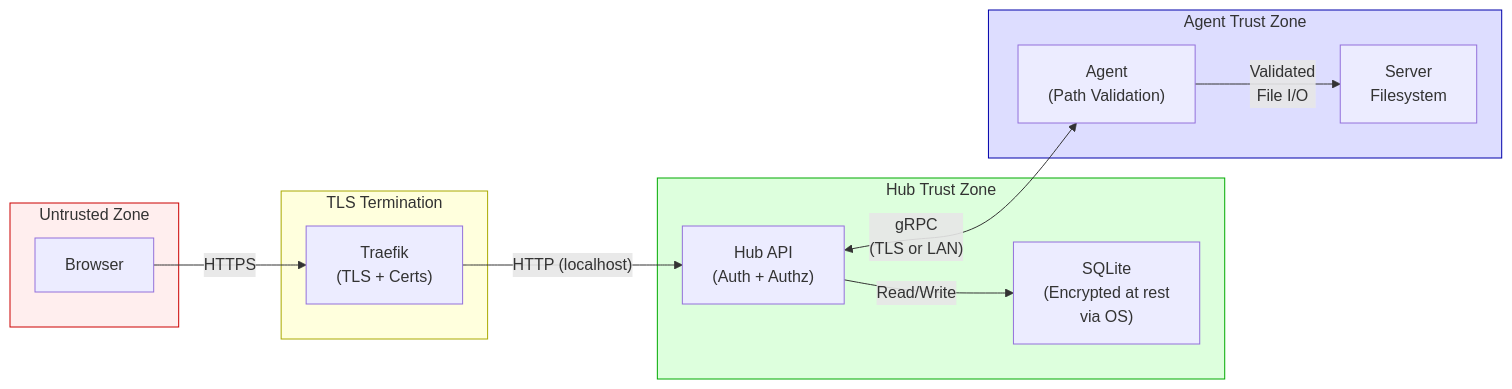
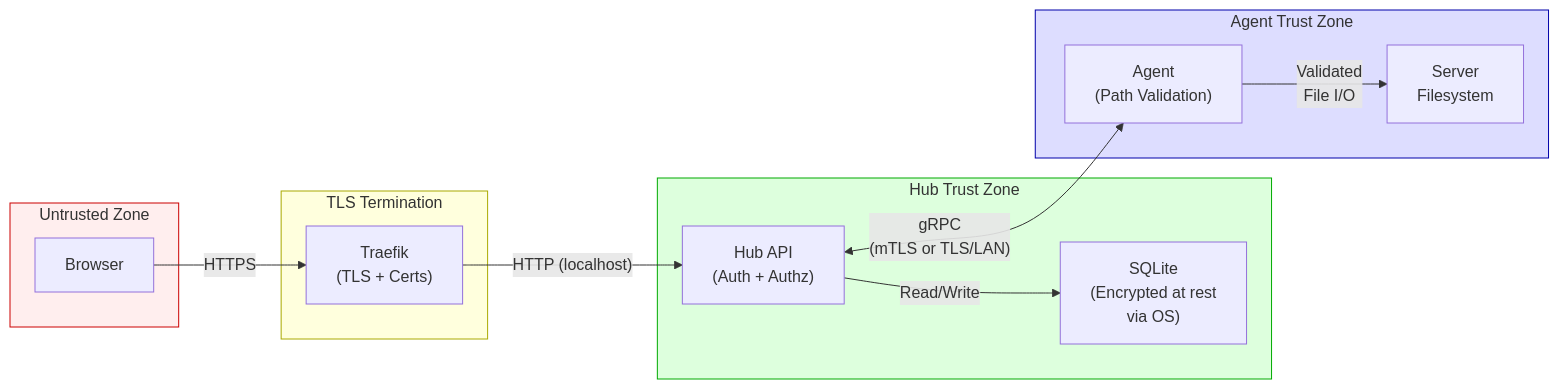
The second of 2 diagrams in docs/engineering/security-model.md (lorconksu/aerodocs), drawn with Mermaid before and after one commit. The commit also changed other lines of this file and 1 other file, not shown here.

Commit message:
docs: update security model and deployment for v1.1 mTLS + cookie auth

````diff
--- a/docs/engineering/security-model.md
+++ b/docs/engineering/security-model.md
@@ -427,31 +431,31 @@
 ```mermaid
 flowchart LR
     subgraph External["Untrusted Zone"]
         Browser["Browser"]
     end
 
     subgraph DMZ["TLS Termination"]
         Traefik["Traefik\n(TLS + Certs)"]
     end
 
     subgraph Hub_Zone["Hub Trust Zone"]
         Hub["Hub API\n(Auth + Authz)"]
         DB["SQLite\n(Encrypted at rest\nvia OS)"]
     end
 
     subgraph Agent_Zone["Agent Trust Zone"]
         Agent["Agent\n(Path Validation)"]
         FS["Server\nFilesystem"]
     end
 
     Browser -->|"HTTPS"| Traefik
     Traefik -->|"HTTP (localhost)"| Hub
     Hub -->|"Read/Write"| DB
-    Hub <-->|"gRPC\n(TLS or LAN)"| Agent
+    Hub <-->|"gRPC\n(mTLS or TLS/LAN)"| Agent
     Agent -->|"Validated\nFile I/O"| FS
 
     style External fill:#fee,stroke:#c00
     style DMZ fill:#ffd,stroke:#aa0
     style Hub_Zone fill:#dfd,stroke:#0a0
     style Agent_Zone fill:#ddf,stroke:#00a
 ```
````
